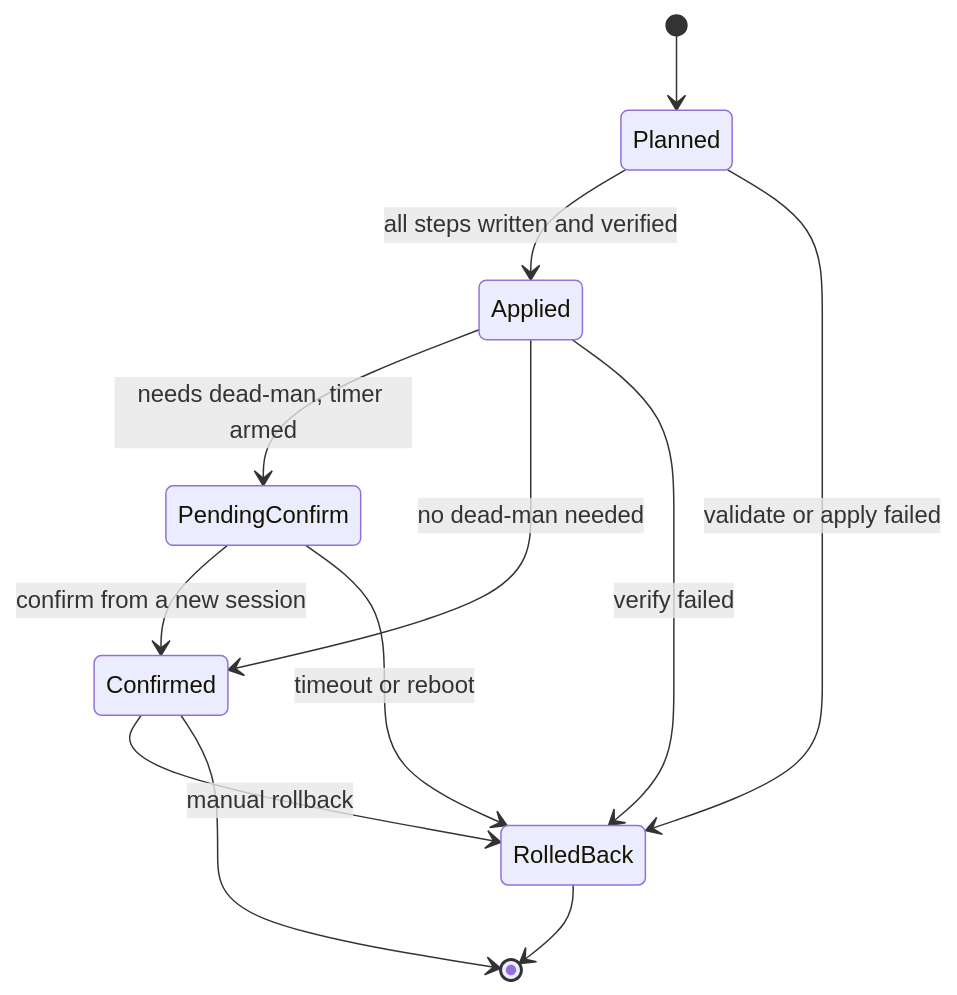
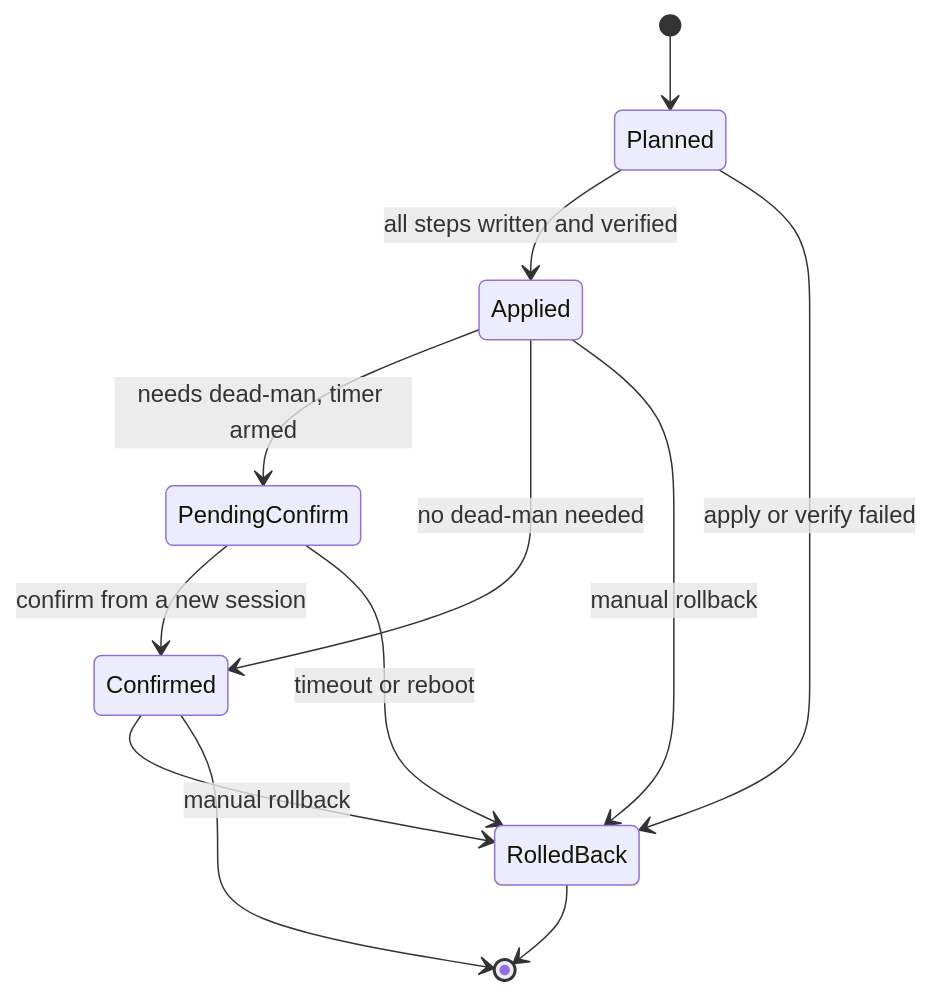
Before and after one commit to bhimrazy/vps-ready: the second of 3 diagrams in docs/architecture.md, drawn with Mermaid. The commit also changed 4 other files, not shown here.

````diff
--- a/docs/architecture.md
+++ b/docs/architecture.md
@@ -188,14 +188,14 @@
 ```mermaid
 stateDiagram-v2
   [*] --> Planned
   Planned --> Applied: all steps written and verified
-  Planned --> RolledBack: validate or apply failed
+  Planned --> RolledBack: apply or verify failed
   Applied --> PendingConfirm: needs dead-man, timer armed
   Applied --> Confirmed: no dead-man needed
-  Applied --> RolledBack: verify failed
+  Applied --> RolledBack: manual rollback
   PendingConfirm --> Confirmed: confirm from a new session
   PendingConfirm --> RolledBack: timeout or reboot
   Confirmed --> RolledBack: manual rollback
   Confirmed --> [*]
   RolledBack --> [*]
 ```
````
